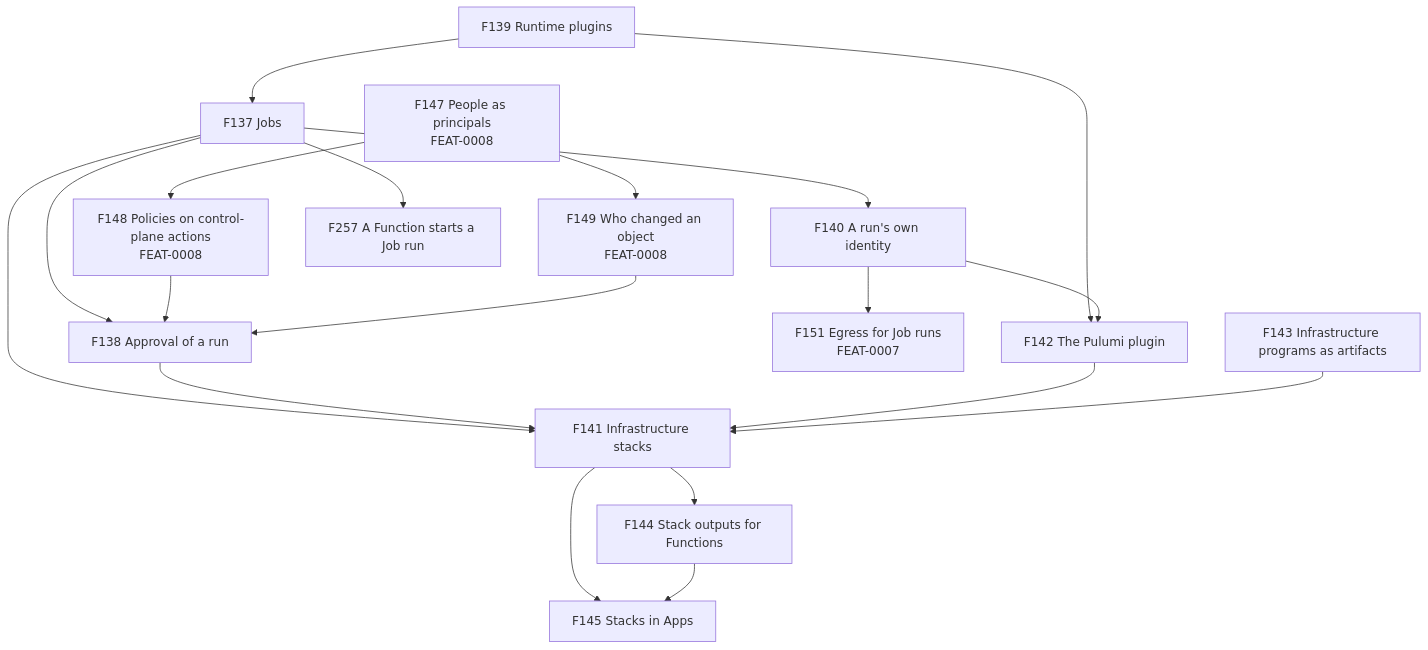
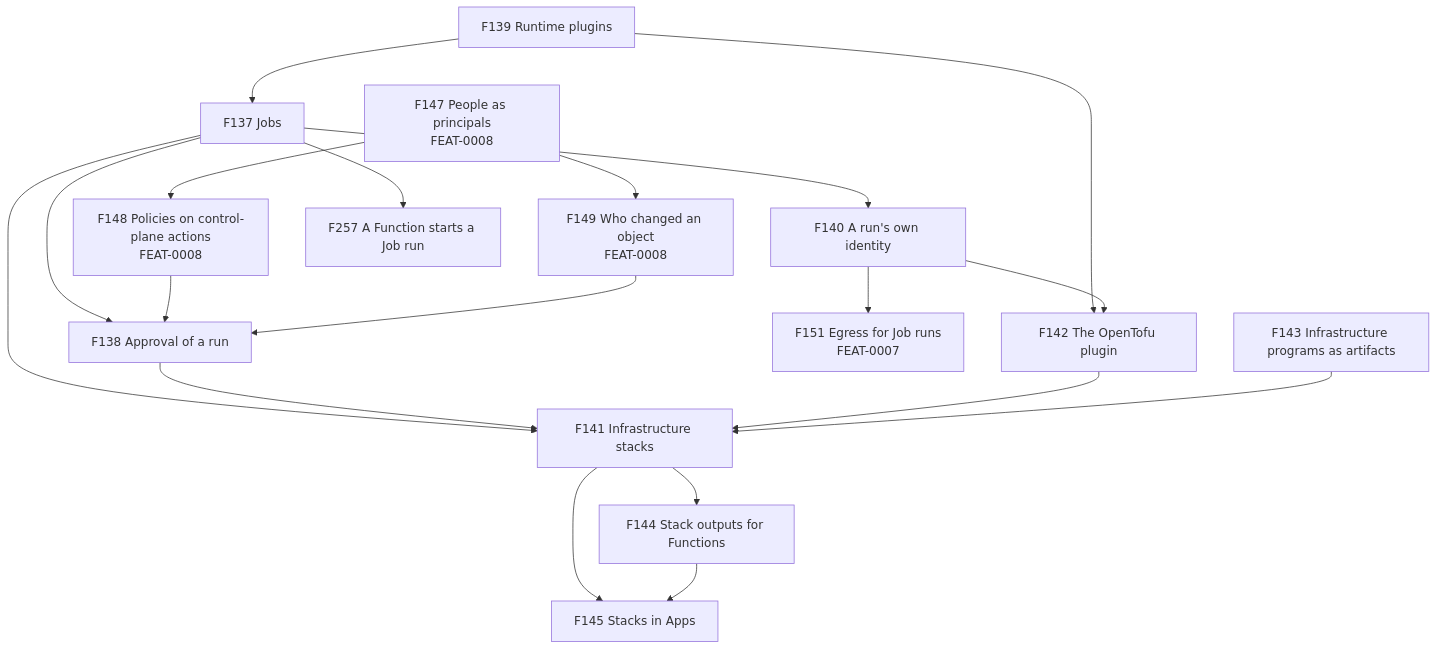
The first of 2 diagrams in docs/feat/0012-feat-infrastack.md (pyvvo/funcd), drawn with Mermaid before and after one commit. The commit also changed other lines of this file and 3 other files, not shown here.

First line of the commit message:
docs(feat): FEAT-0012 runs OpenTofu modules in place of Pulumi programs

````diff
--- a/docs/feat/0012-feat-infrastack.md
+++ b/docs/feat/0012-feat-infrastack.md
@@ -45,21 +47,21 @@
 ```mermaid
 flowchart TB
     F139["F139 Runtime plugins"] --> F137["F137 Jobs"]
     F137 --> F138["F138 Approval of a run"]
     F137 --> F140["F140 A run's own identity"]
     F147["F147 People as principals<br/>FEAT-0008"] --> F148["F148 Policies on control-plane actions<br/>FEAT-0008"]
     F147 --> F149["F149 Who changed an object<br/>FEAT-0008"]
     F148 --> F138
     F149 --> F138
-    F139 --> F142["F142 The Pulumi plugin"]
+    F139 --> F142["F142 The OpenTofu plugin"]
     F140 --> F142
     F140 --> F151["F151 Egress for Job runs<br/>FEAT-0007"]
     F137 --> F141["F141 Infrastructure stacks"]
     F138 --> F141
     F142 --> F141
     F143["F143 Infrastructure programs as artifacts"] --> F141
     F141 --> F144["F144 Stack outputs for Functions"]
     F141 --> F145["F145 Stacks in Apps"]
     F144 --> F145
     F137 --> F257["F257 A Function starts a Job run"]
 ```
````
